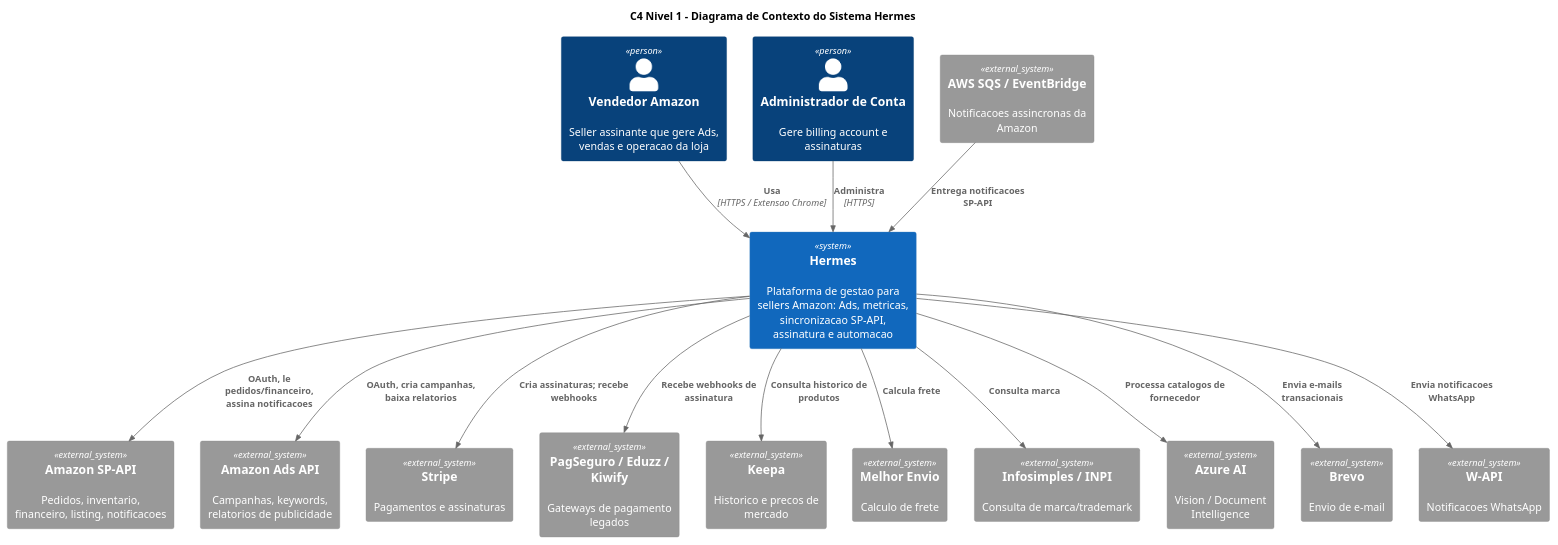
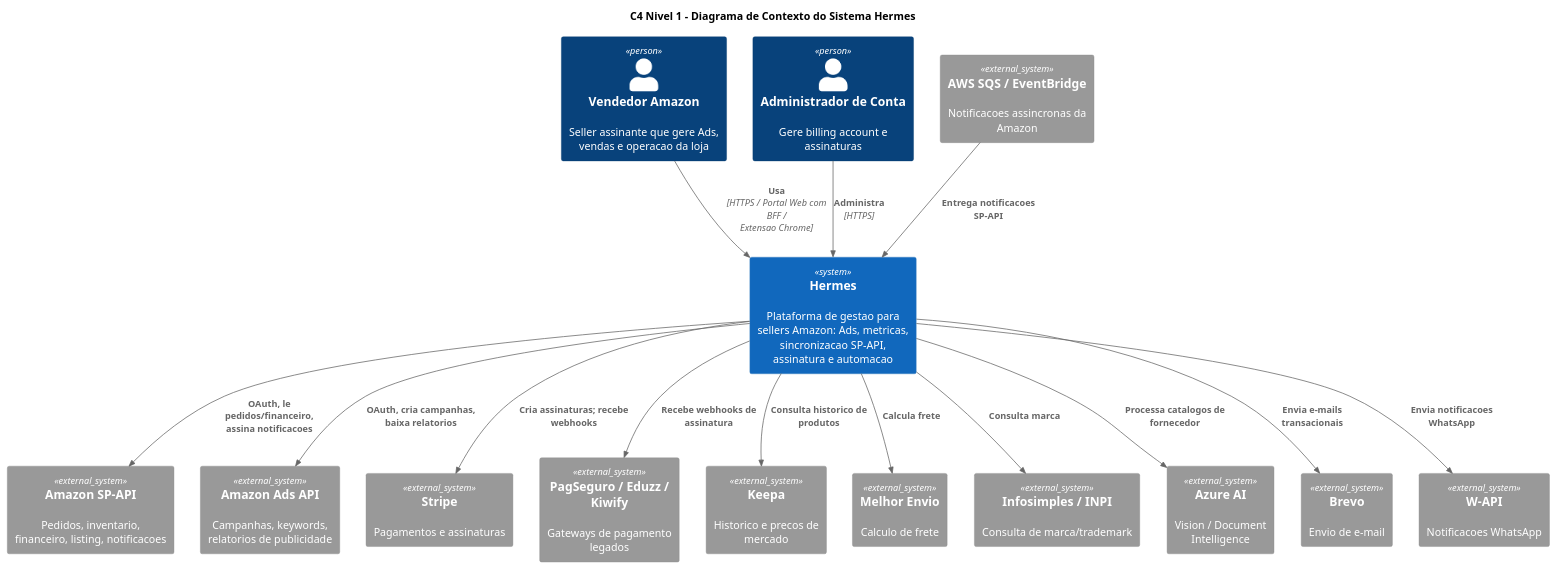
One commit to MirandaSls/Projeto-Final-PS changed the diagram in docs/diagramas/c4-contexto.puml. Above: the diagram before and after it, drawn with PlantUML. The commit also changed 8 other files, not shown here.

Commit message:
docs: modela BFF do portal nos diagramas

```diff
--- a/docs/diagramas/c4-contexto.puml
+++ b/docs/diagramas/c4-contexto.puml
@@ -1,35 +1,35 @@
 @startuml c4-contexto
 !include https://raw.githubusercontent.com/plantuml-stdlib/C4-PlantUML/master/C4_Context.puml
 title C4 Nivel 1 - Diagrama de Contexto do Sistema Hermes
 
 Person(seller, "Vendedor Amazon", "Seller assinante que gere Ads, vendas e operacao da loja")
 Person(admin, "Administrador de Conta", "Gere billing account e assinaturas")
 
 System(hermes, "Hermes", "Plataforma de gestao para sellers Amazon: Ads, metricas, sincronizacao SP-API, assinatura e automacao")
 
 System_Ext(spapi, "Amazon SP-API", "Pedidos, inventario, financeiro, listing, notificacoes")
 System_Ext(ads, "Amazon Ads API", "Campanhas, keywords, relatorios de publicidade")
 System_Ext(sqs, "AWS SQS / EventBridge", "Notificacoes assincronas da Amazon")
 System_Ext(stripe, "Stripe", "Pagamentos e assinaturas")
 System_Ext(legacy, "PagSeguro / Eduzz / Kiwify", "Gateways de pagamento legados")
 System_Ext(keepa, "Keepa", "Historico e precos de mercado")
 System_Ext(melhorenvio, "Melhor Envio", "Calculo de frete")
 System_Ext(inpi, "Infosimples / INPI", "Consulta de marca/trademark")
 System_Ext(azure, "Azure AI", "Vision / Document Intelligence")
 System_Ext(brevo, "Brevo", "Envio de e-mail")
 System_Ext(wapi, "W-API", "Notificacoes WhatsApp")
 
-Rel(seller, hermes, "Usa", "HTTPS / Extensao Chrome")
+Rel(seller, hermes, "Usa", "HTTPS / Portal Web com BFF / Extensao Chrome")
 Rel(admin, hermes, "Administra", "HTTPS")
 Rel(hermes, spapi, "OAuth, le pedidos/financeiro, assina notificacoes")
 Rel(hermes, ads, "OAuth, cria campanhas, baixa relatorios")
 Rel(sqs, hermes, "Entrega notificacoes SP-API")
 Rel(hermes, stripe, "Cria assinaturas; recebe webhooks")
 Rel(hermes, legacy, "Recebe webhooks de assinatura")
 Rel(hermes, keepa, "Consulta historico de produtos")
 Rel(hermes, melhorenvio, "Calcula frete")
 Rel(hermes, inpi, "Consulta marca")
 Rel(hermes, azure, "Processa catalogos de fornecedor")
 Rel(hermes, brevo, "Envia e-mails transacionais")
 Rel(hermes, wapi, "Envia notificacoes WhatsApp")
 @enduml
```
